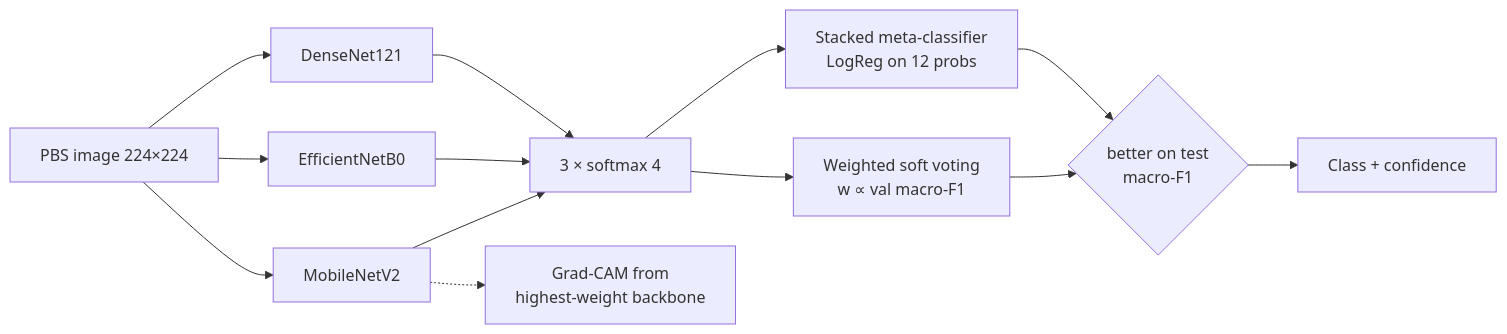
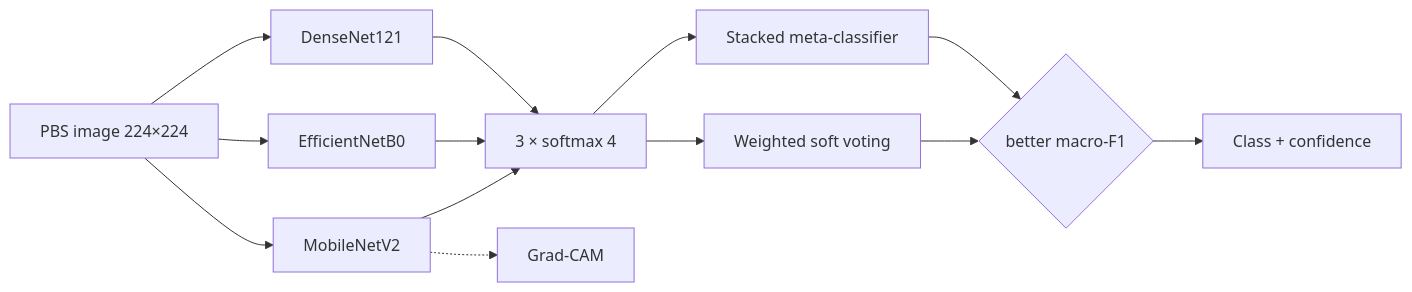
The diagram in README.md (vvvvvivekkk/blood-cancer-detection), drawn with Mermaid before and after one commit. The commit also changed other lines of this file and 16 other files, not shown here.

````diff
--- a/README.md
+++ b/README.md
@@ -47,15 +39,15 @@
 ```mermaid
 flowchart LR
     A[PBS image 224×224] --> B1[MobileNetV2]
     A --> B2[EfficientNetB0]
     A --> B3[DenseNet121]
     B1 --> P[3 × softmax 4]
     B2 --> P
     B3 --> P
-    P --> V[Weighted soft voting<br/>w ∝ val macro-F1]
-    P --> S[Stacked meta-classifier<br/>LogReg on 12 probs]
-    V --> O{better on test<br/>macro-F1}
+    P --> V[Weighted soft voting]
+    P --> S[Stacked meta-classifier]
+    V --> O{better macro-F1}
     S --> O
     O --> R[Class + confidence]
-    B1 -.-> G[Grad-CAM from<br/>highest-weight backbone]
+    B1 -.-> G[Grad-CAM]
 ```
````
